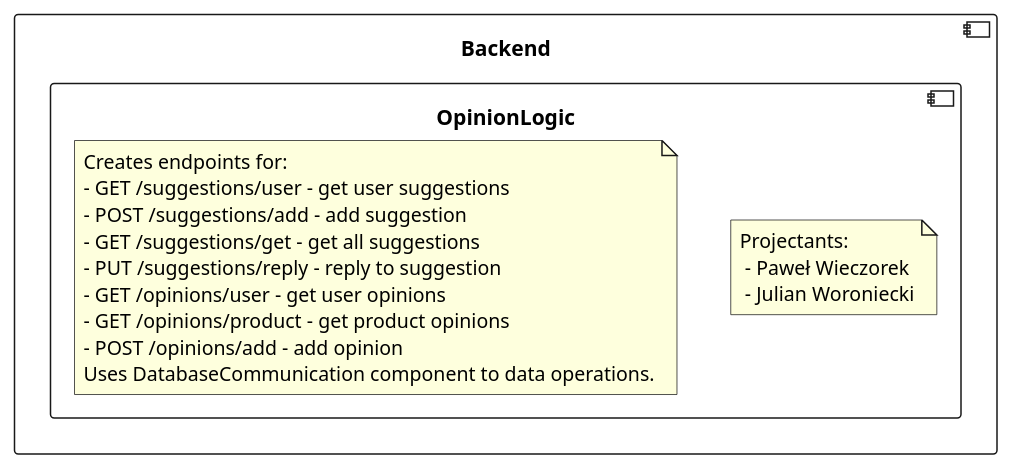
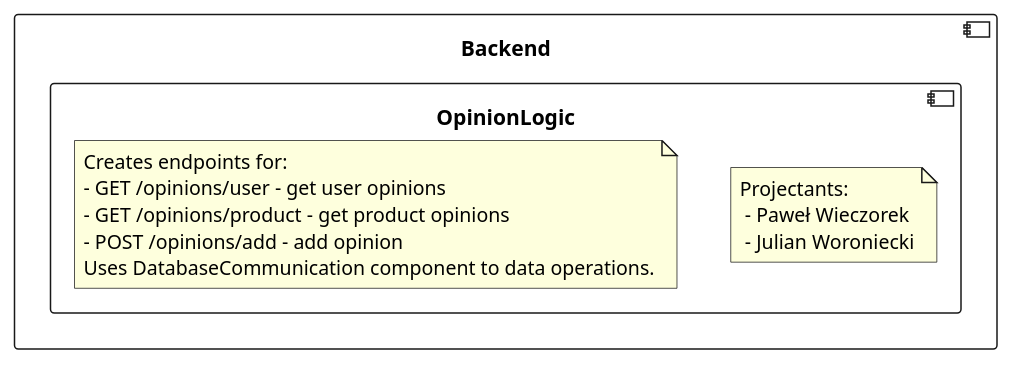
The fifth of 6 diagrams in backend/BackendLogic.md (RadekBucki/OpinionCollectorArchitecture), drawn with PlantUML before and after one commit. The commit also changed other lines of this file and 2 other files, not shown here.

````diff
--- a/backend/BackendLogic.md
+++ b/backend/BackendLogic.md
@@ -109,24 +112,20 @@
 ```plantuml
 @startuml
 component Backend {
     component OpinionLogic {
         note as Authors
             Projectants: 
              - Paweł Wieczorek
              - Julian Woroniecki
         endnote
         note as Description
             Creates endpoints for:
-            - GET /suggestions/user - get user suggestions
-            - POST /suggestions/add - add suggestion
-            - GET /suggestions/get - get all suggestions
-            - PUT /suggestions/reply - reply to suggestion
             - GET /opinions/user - get user opinions
             - GET /opinions/product - get product opinions
             - POST /opinions/add - add opinion
             Uses DatabaseCommunication component to data operations.
         endnote
     }
 }
 @enduml 
 ```
````
